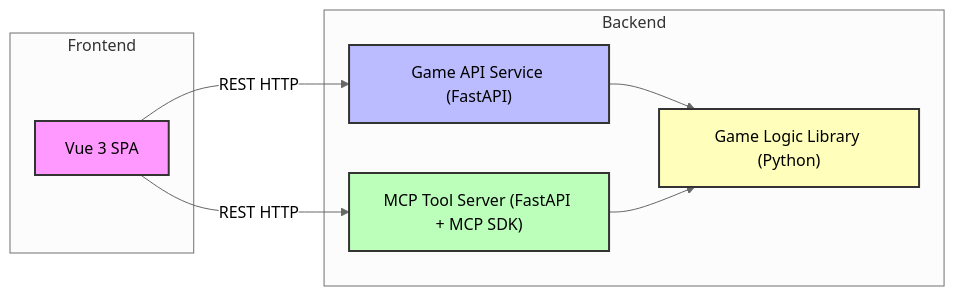
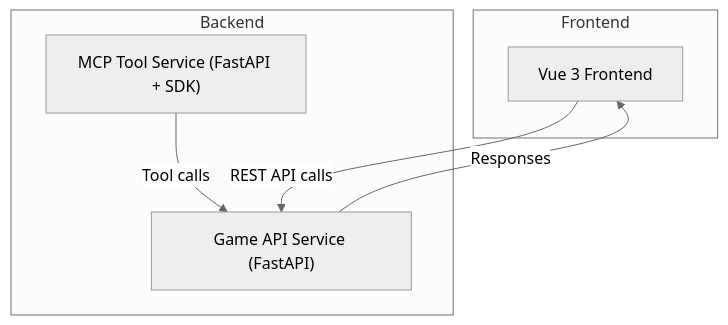
One commit to ErezKon/AgenticDevTeam changed the diagram in docs/agents/architect-mission.md. Above: the diagram before and after it, drawn with Mermaid (neutral theme). The commit also changed other lines of this file and 2 other files, not shown here.

````diff
--- a/docs/agents/architect-mission.md
+++ b/docs/agents/architect-mission.md
@@ -41,19 +39,13 @@
 ```mermaid
-flowchart LR
+graph TD
     subgraph Frontend
-        UI[Vue 3 SPA]
+        FE[Vue 3 Frontend]
     end
     subgraph Backend
         API["Game API Service (FastAPI)"]
-        MCP["MCP Tool Server (FastAPI + MCP SDK)"]
-        Lib["Game Logic Library (Python)"]
+        MCP["MCP Tool Service (FastAPI + SDK)"]
     end
-    UI -->|REST HTTP| API
-    UI -->|REST HTTP| MCP
-    API --> Lib
-    MCP --> Lib
-    style UI fill:#f9f,stroke:#333,stroke-width:2px
-    style API fill:#bbf,stroke:#333,stroke-width:2px
-    style MCP fill:#bfb,stroke:#333,stroke-width:2px
-    style Lib fill:#ffb,stroke:#333,stroke-width:2px
+    FE -->|REST API calls| API
+    MCP -->|Tool calls| API
+    API -->|Responses| FE
 ```
````
